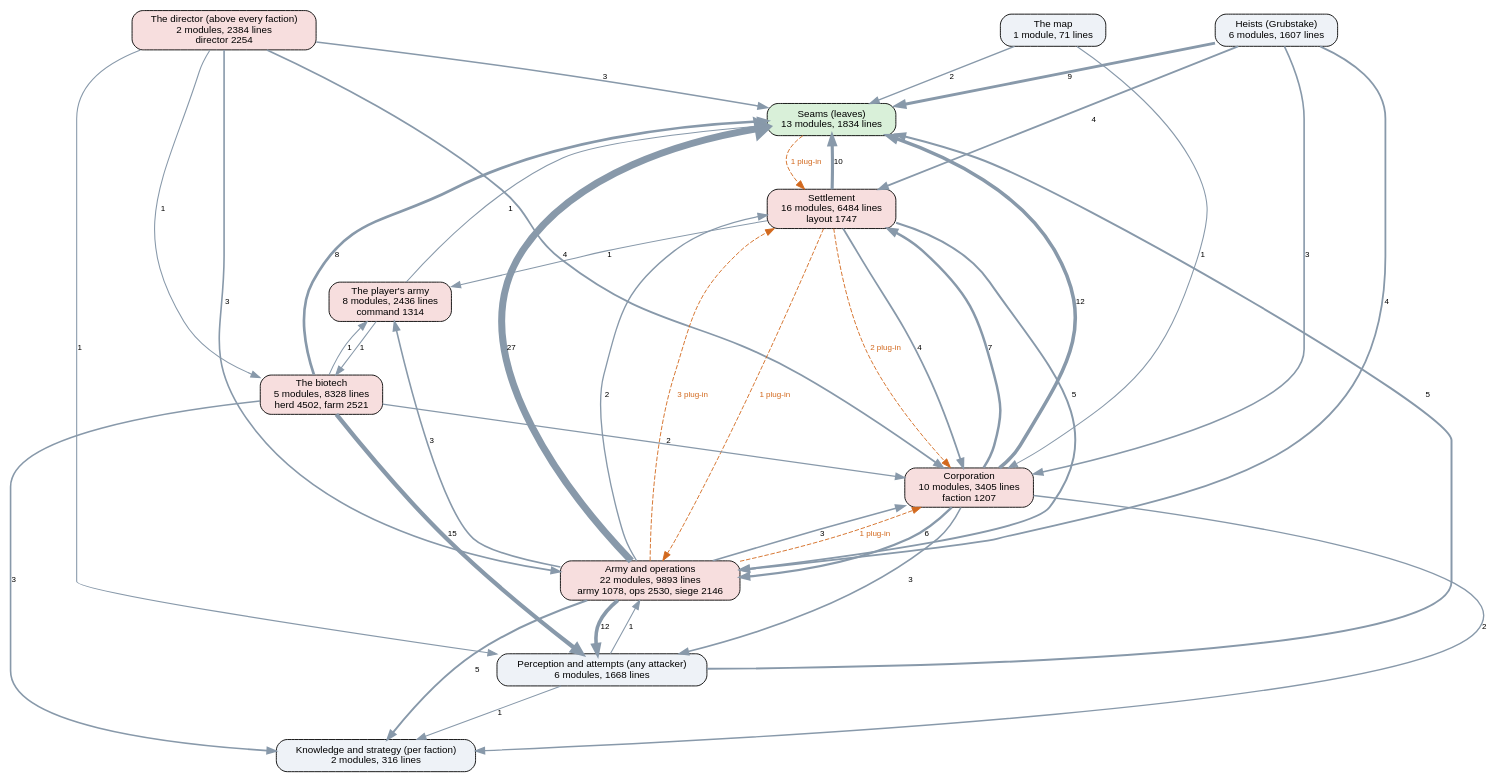
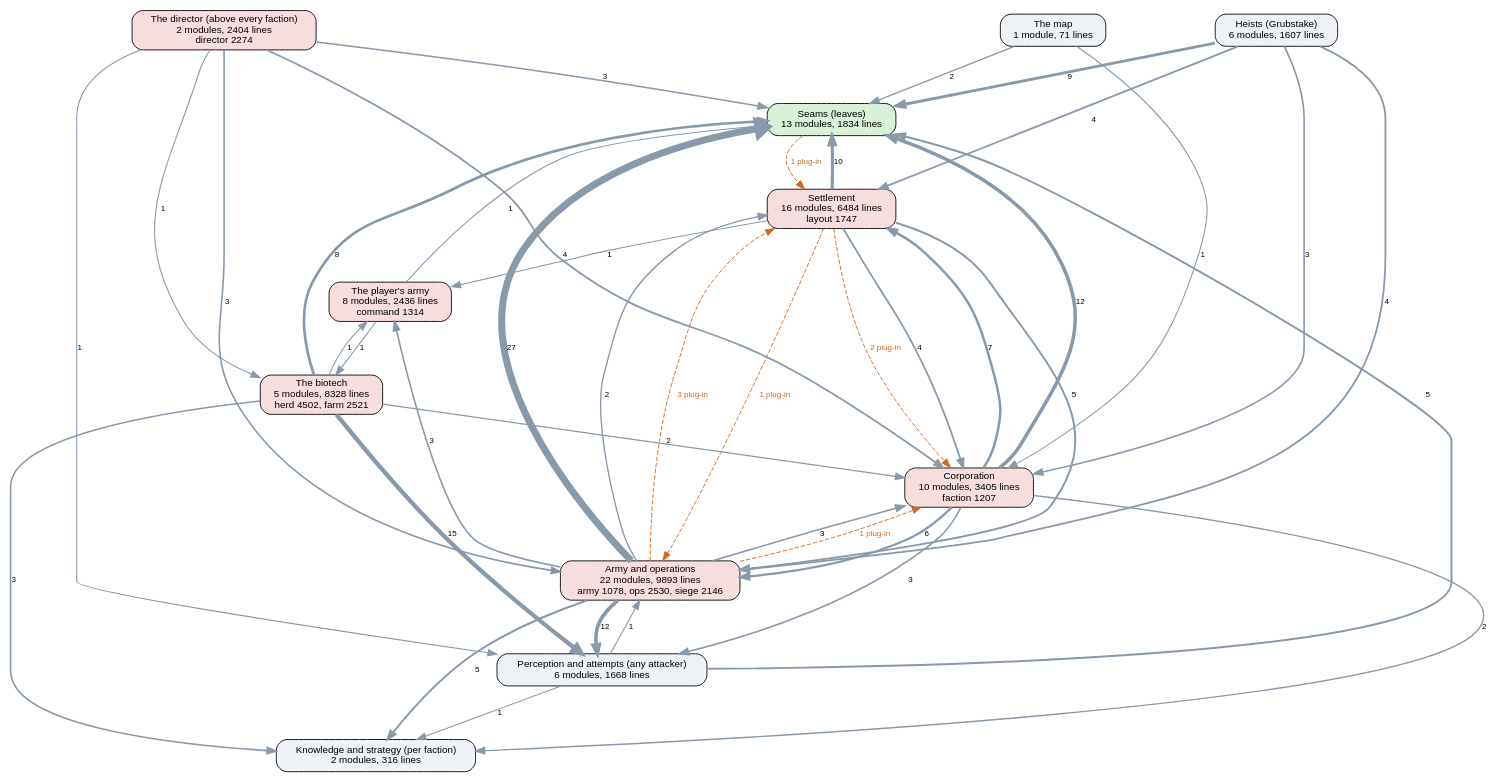
The diagram in docs/ai-layers.dot (kinelhu/landing-party), drawn with Graphviz before and after one commit. The commit also changed 9 other files, not shown here.

```diff
--- a/docs/ai-layers.dot
+++ b/docs/ai-layers.dot
@@ -1,57 +1,57 @@
 digraph layers {
   graph [rankdir=TB, fontname="Helvetica", nodesep=0.5, ranksep=0.7];
   node [shape=box, style="rounded,filled", fontname="Helvetica", fontsize=11, fillcolor="#eef2f7"];
   edge [color="#8899aa", fontname="Helvetica", fontsize=9];
   "Seams (leaves)" [label="Seams (leaves)\n13 modules, 1834 lines", fillcolor="#d9f0d9"];
   "Perception and attempts (any attacker)" [label="Perception and attempts (any attacker)\n6 modules, 1668 lines", fillcolor="#eef2f7"];
   "Knowledge and strategy (per faction)" [label="Knowledge and strategy (per faction)\n2 modules, 316 lines", fillcolor="#eef2f7"];
-  "The director (above every faction)" [label="The director (above every faction)\n2 modules, 2384 lines\ndirector 2254", fillcolor="#f7dede"];
+  "The director (above every faction)" [label="The director (above every faction)\n2 modules, 2404 lines\ndirector 2274", fillcolor="#f7dede"];
   "Corporation" [label="Corporation\n10 modules, 3405 lines\nfaction 1207", fillcolor="#f7dede"];
   "Settlement" [label="Settlement\n16 modules, 6484 lines\nlayout 1747", fillcolor="#f7dede"];
   "Army and operations" [label="Army and operations\n22 modules, 9893 lines\narmy 1078, ops 2530, siege 2146", fillcolor="#f7dede"];
   "Heists (Grubstake)" [label="Heists (Grubstake)\n6 modules, 1607 lines", fillcolor="#eef2f7"];
   "The biotech" [label="The biotech\n5 modules, 8328 lines\nherd 4502, farm 2521", fillcolor="#f7dede"];
   "The map" [label="The map\n1 module, 71 lines", fillcolor="#eef2f7"];
   "The player's army" [label="The player's army\n8 modules, 2436 lines\ncommand 1314", fillcolor="#f7dede"];
   "Army and operations" -> "Corporation" [label="3", penwidth=1.8];
   "Army and operations" -> "Knowledge and strategy (per faction)" [label="5", penwidth=2.2];
   "Army and operations" -> "Perception and attempts (any attacker)" [label="12", penwidth=4.0];
   "Army and operations" -> "Seams (leaves)" [label="27", penwidth=7.8];
   "Army and operations" -> "Settlement" [label="2", penwidth=1.5];
   "Army and operations" -> "The player's army" [label="3", penwidth=1.8];
   "Corporation" -> "Army and operations" [label="6", penwidth=2.5];
   "Corporation" -> "Knowledge and strategy (per faction)" [label="2", penwidth=1.5];
   "Corporation" -> "Perception and attempts (any attacker)" [label="3", penwidth=1.8];
   "Corporation" -> "Seams (leaves)" [label="12", penwidth=4.0];
   "Corporation" -> "Settlement" [label="7", penwidth=2.8];
   "Heists (Grubstake)" -> "Army and operations" [label="4", penwidth=2.0];
   "Heists (Grubstake)" -> "Corporation" [label="3", penwidth=1.8];
   "Heists (Grubstake)" -> "Seams (leaves)" [label="9", penwidth=3.2];
   "Heists (Grubstake)" -> "Settlement" [label="4", penwidth=2.0];
   "Perception and attempts (any attacker)" -> "Army and operations" [label="1", penwidth=1.2];
   "Perception and attempts (any attacker)" -> "Knowledge and strategy (per faction)" [label="1", penwidth=1.2];
   "Perception and attempts (any attacker)" -> "Seams (leaves)" [label="5", penwidth=2.2];
   "Settlement" -> "Army and operations" [label="5", penwidth=2.2];
   "Settlement" -> "Corporation" [label="4", penwidth=2.0];
   "Settlement" -> "Seams (leaves)" [label="10", penwidth=3.5];
   "Settlement" -> "The player's army" [label="1", penwidth=1.2];
   "The biotech" -> "Corporation" [label="2", penwidth=1.5];
   "The biotech" -> "Knowledge and strategy (per faction)" [label="3", penwidth=1.8];
   "The biotech" -> "Perception and attempts (any attacker)" [label="15", penwidth=4.8];
   "The biotech" -> "Seams (leaves)" [label="8", penwidth=3.0];
   "The biotech" -> "The player's army" [label="1", penwidth=1.2];
   "The director (above every faction)" -> "Army and operations" [label="3", penwidth=1.8];
   "The director (above every faction)" -> "Corporation" [label="4", penwidth=2.0];
   "The director (above every faction)" -> "Perception and attempts (any attacker)" [label="1", penwidth=1.2];
   "The director (above every faction)" -> "Seams (leaves)" [label="3", penwidth=1.8];
   "The director (above every faction)" -> "The biotech" [label="1", penwidth=1.2];
   "The map" -> "Corporation" [label="1", penwidth=1.2];
   "The map" -> "Seams (leaves)" [label="2", penwidth=1.5];
   "The player's army" -> "Seams (leaves)" [label="1", penwidth=1.2];
   "The player's army" -> "The biotech" [label="1", penwidth=1.2];
   "Army and operations" -> "Corporation" [style=dashed, color="#d2691e", fontcolor="#d2691e", label="1 plug-in"];
   "Army and operations" -> "Settlement" [style=dashed, color="#d2691e", fontcolor="#d2691e", label="3 plug-in"];
   "Seams (leaves)" -> "Settlement" [style=dashed, color="#d2691e", fontcolor="#d2691e", label="1 plug-in"];
   "Settlement" -> "Army and operations" [style=dashed, color="#d2691e", fontcolor="#d2691e", label="1 plug-in"];
   "Settlement" -> "Corporation" [style=dashed, color="#d2691e", fontcolor="#d2691e", label="2 plug-in"];
 }
```
